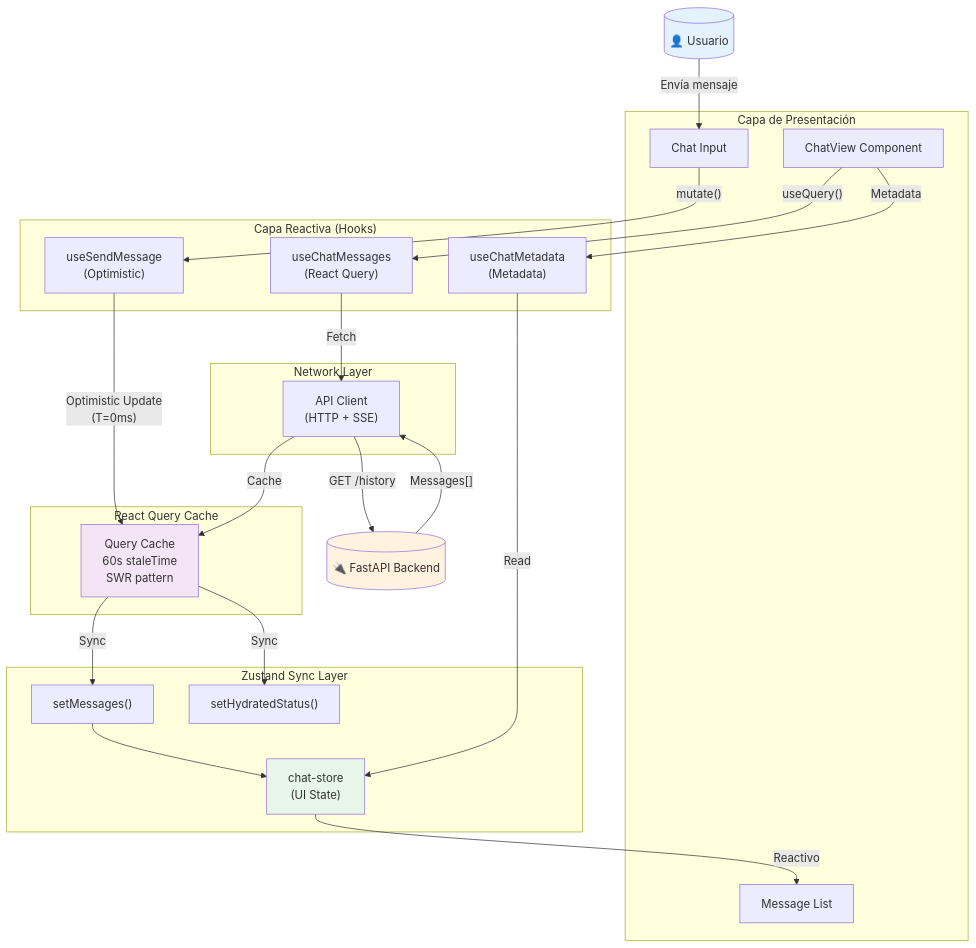
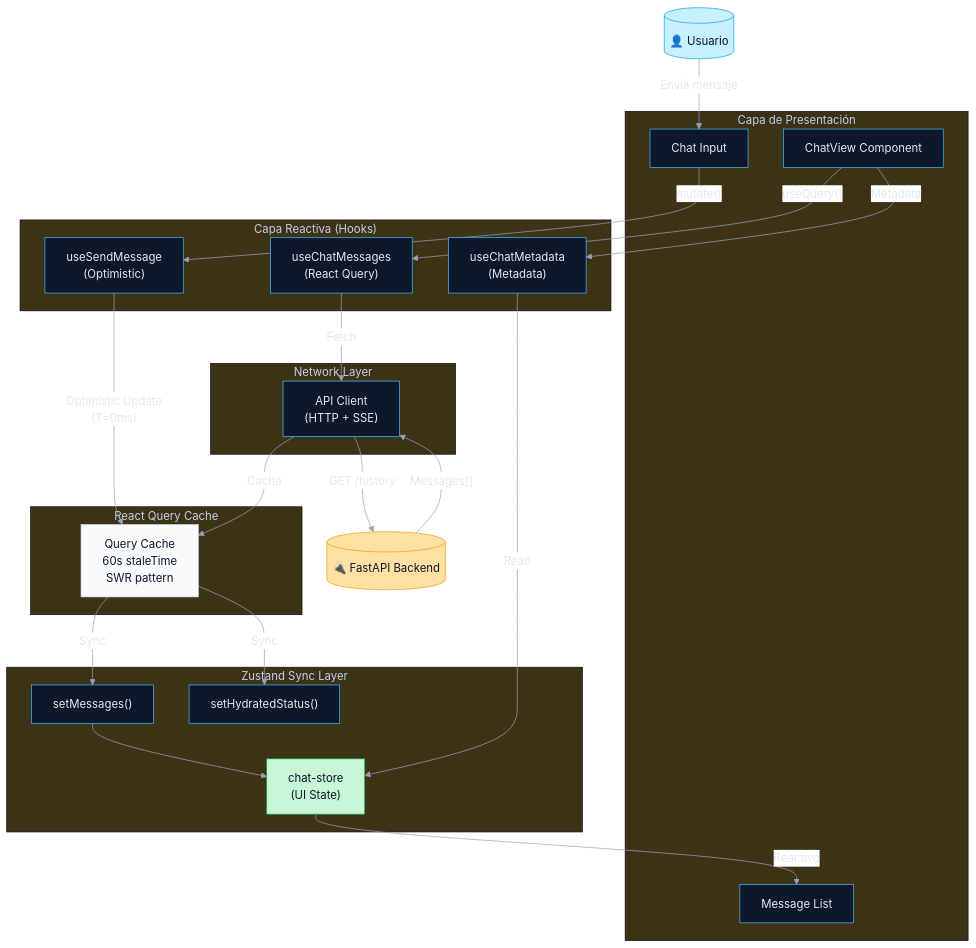
Before and after one commit to saptiva-ai/octavios-chat: the fifth of 11 diagrams in README.md, drawn with Mermaid. The commit also changed other lines of this file, not shown here.

Commit message:
docs: compact README and refresh diagrams

````diff
--- a/README.md
+++ b/README.md
@@ -807,54 +764,55 @@
 ```mermaid
+%%{init: {'theme': 'base', 'themeVariables': {'primaryColor': '#0f172a','primaryBorderColor': '#38bdf8','primaryTextColor': '#e2e8f0','lineColor': '#94a3b8','secondaryColor': '#ffffff','secondaryBorderColor': '#cbd5e1','secondaryTextColor': '#0f172a'}}}%%
 flowchart TB
     User[("👤 Usuario")]
 
     subgraph UI["Capa de Presentación"]
         ChatView["ChatView Component"]
         MessageList["Message List"]
         ChatInput["Chat Input"]
     end
 
     subgraph Reactive["Capa Reactiva (Hooks)"]
         useChatMessages["useChatMessages<br/>(React Query)"]
         useChatMetadata["useChatMetadata<br/>(Metadata)"]
         useSendMessage["useSendMessage<br/>(Optimistic)"]
     end
 
     subgraph Cache["React Query Cache"]
         QueryCache["Query Cache<br/>60s staleTime<br/>SWR pattern"]
     end
 
     subgraph Sync["Zustand Sync Layer"]
         ChatStore["chat-store<br/>(UI State)"]
         setMessages["setMessages()"]
         setHydrated["setHydratedStatus()"]
     end
 
     subgraph Network["Network Layer"]
         APIClient["API Client<br/>(HTTP + SSE)"]
     end
 
     Backend[("🔌 FastAPI Backend")]
 
     User -->|"Envía mensaje"| ChatInput
     ChatInput -->|"mutate()"| useSendMessage
     useSendMessage -->|"Optimistic Update<br/>(T=0ms)"| QueryCache
     QueryCache -->|"Sync"| setMessages
     setMessages --> ChatStore
     ChatStore -->|"Reactivo"| MessageList
 
     ChatView -->|"useQuery()"| useChatMessages
     useChatMessages -->|"Fetch"| APIClient
     APIClient -->|"GET /history"| Backend
     Backend -->|"Messages[]"| APIClient
     APIClient -->|"Cache"| QueryCache
     QueryCache -->|"Sync"| setHydrated
 
     ChatView -->|"Metadata"| useChatMetadata
     useChatMetadata -->|"Read"| ChatStore
 
-    style User fill:#e3f2fd
-    style Backend fill:#fff3e0
-    style QueryCache fill:#f3e5f5
-    style ChatStore fill:#e8f5e9
+    style User fill:#c7f0ff,stroke:#0ea5e9,color:#0f172a
+    style Backend fill:#ffe0a3,stroke:#f59e0b,color:#0f172a
+    style QueryCache fill:#f8fafc,stroke:#cbd5e1,color:#0f172a
+    style ChatStore fill:#c6f6d5,stroke:#16a34a,color:#0f172a
 ```
````
